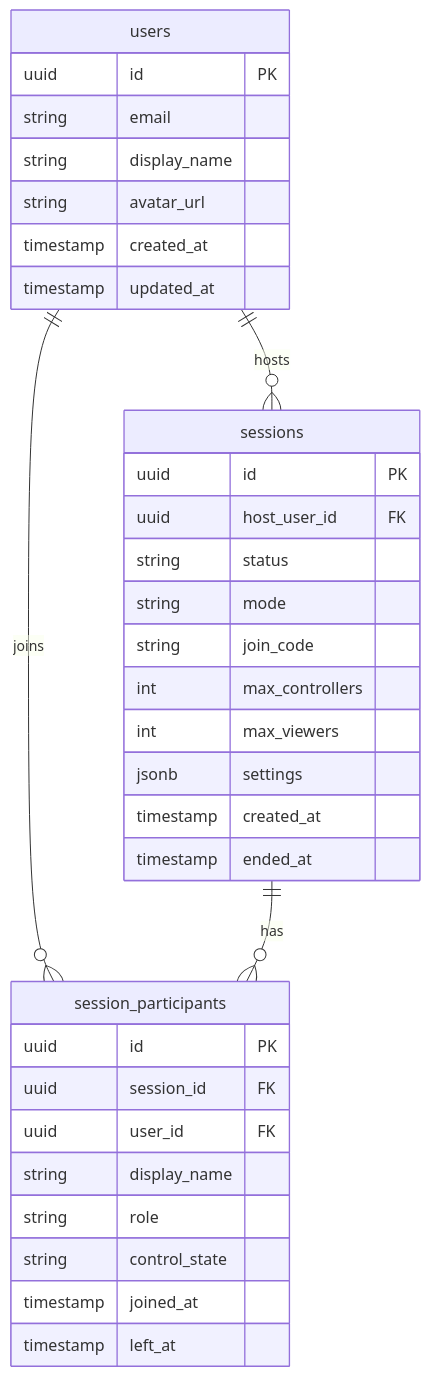
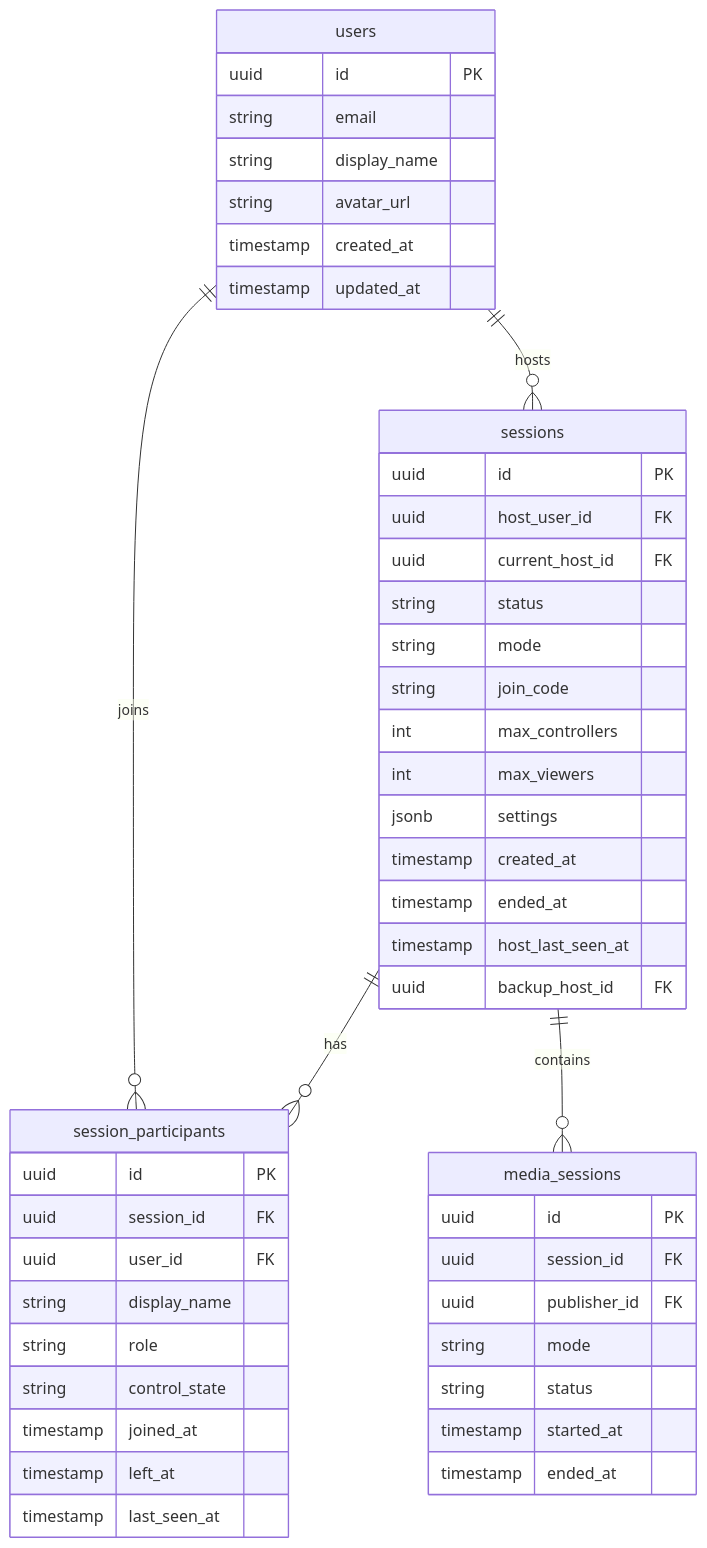
The diagram in docs/API.md (profullstack/pairux.com), drawn with Mermaid before and after one commit. The commit also changed other lines of this file and 2 other files, not shown here.

Commit message:
feat: implement host disconnection handling and room persistence features

````diff
--- a/docs/API.md
+++ b/docs/API.md
@@ -13,39 +13,54 @@
 ```mermaid
 erDiagram
     users ||--o{ sessions : hosts
     users ||--o{ session_participants : joins
     sessions ||--o{ session_participants : has
+    sessions ||--o{ media_sessions : contains
 
     users {
         uuid id PK
         string email
         string display_name
         string avatar_url
         timestamp created_at
         timestamp updated_at
     }
 
     sessions {
         uuid id PK
         uuid host_user_id FK
+        uuid current_host_id FK
         string status
         string mode
         string join_code
         int max_controllers
         int max_viewers
         jsonb settings
         timestamp created_at
         timestamp ended_at
+        timestamp host_last_seen_at
+        uuid backup_host_id FK
     }
 
     session_participants {
         uuid id PK
         uuid session_id FK
         uuid user_id FK
         string display_name
         string role
         string control_state
         timestamp joined_at
         timestamp left_at
+        timestamp last_seen_at
+    }
+
+    media_sessions {
+        uuid id PK
+        uuid session_id FK
+        uuid publisher_id FK
+        string mode
+        string status
+        timestamp started_at
+        timestamp ended_at
     }
 ```
````
